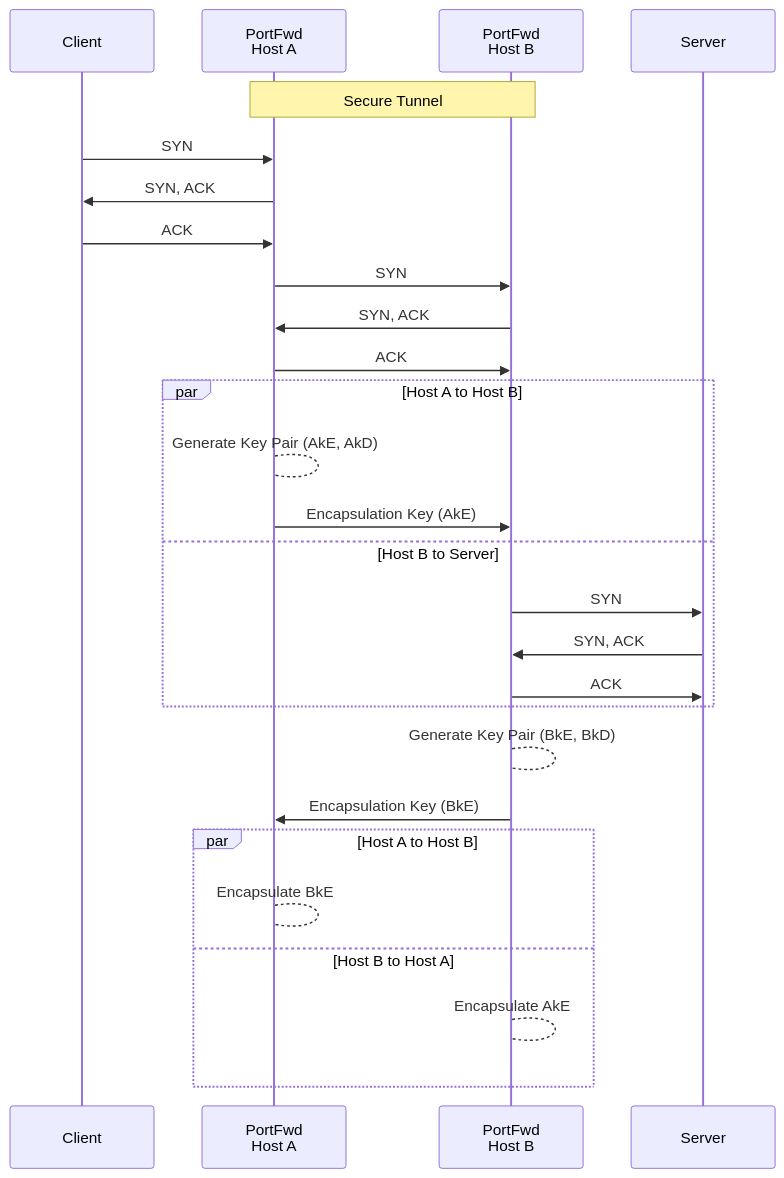
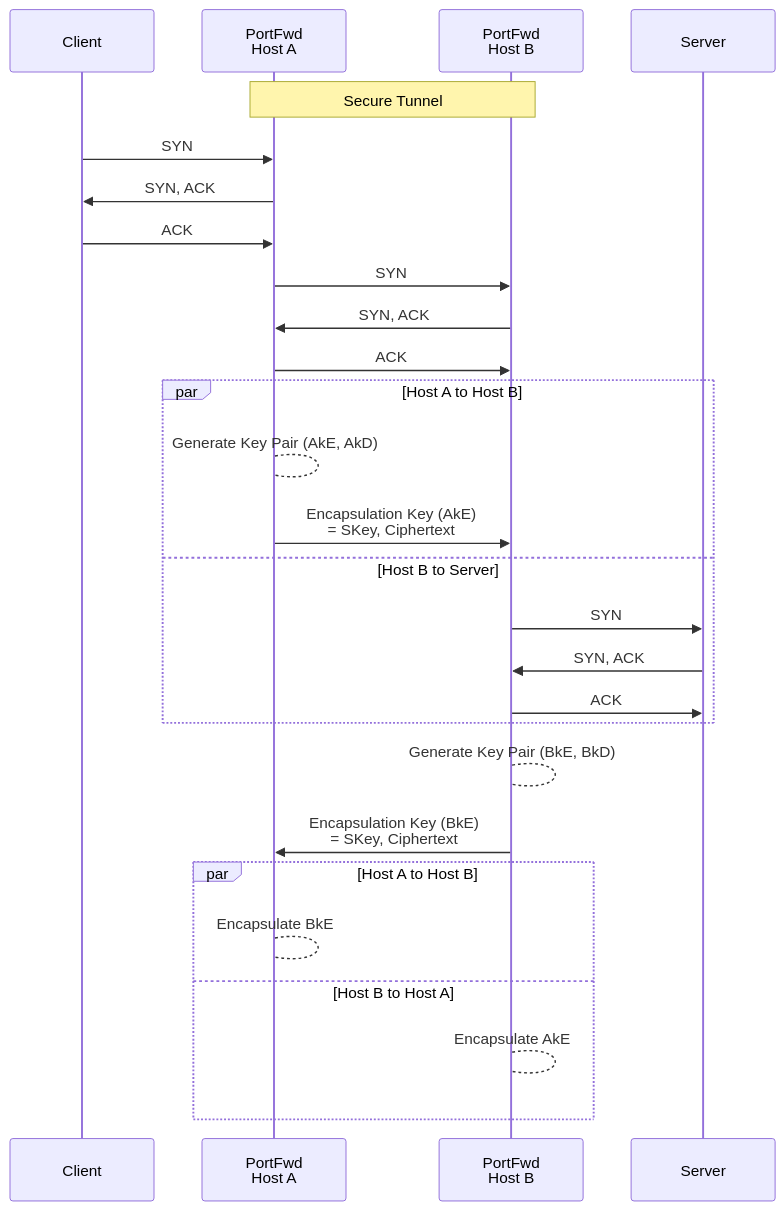
One commit to cmason3/portfwd changed the diagram in README.md. Above: the diagram before and after it, drawn with Mermaid.

````diff
--- a/README.md
+++ b/README.md
@@ -32,32 +32,32 @@
 ```mermaid
 sequenceDiagram
     participant C as Client
     participant A as PortFwd<br />Host A
     participant B as PortFwd<br />Host B
     participant S as Server
     Note over A,B: Secure Tunnel
     C->>A: SYN
     A->>C: SYN, ACK
     C->>A: ACK
     A->>B: SYN
     B->>A: SYN, ACK
     A->>B: ACK
 
     par Host A to Host B
       A-->A: Generate Key Pair (AkE, AkD)
-      A->>B: Encapsulation Key (AkE)
+      A->>B: Encapsulation Key (AkE)<br />= SKey, Ciphertext
     and Host B to Server
       B->>S: SYN
       S->>B: SYN, ACK
       B->>S: ACK
     end
 
     B-->B: Generate Key Pair (BkE, BkD)
-    B->>A: Encapsulation Key (BkE)
+    B->>A: Encapsulation Key (BkE)<br />= SKey, Ciphertext
 
     par Host A to Host B
       A-->A: Encapsulate BkE
     and Host B to Host A
       B-->B: Encapsulate AkE
     end
 ```
````
